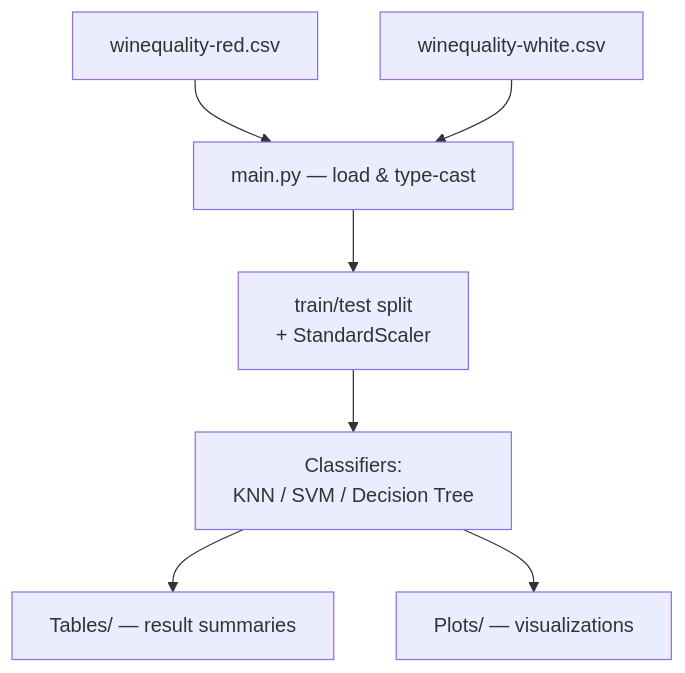
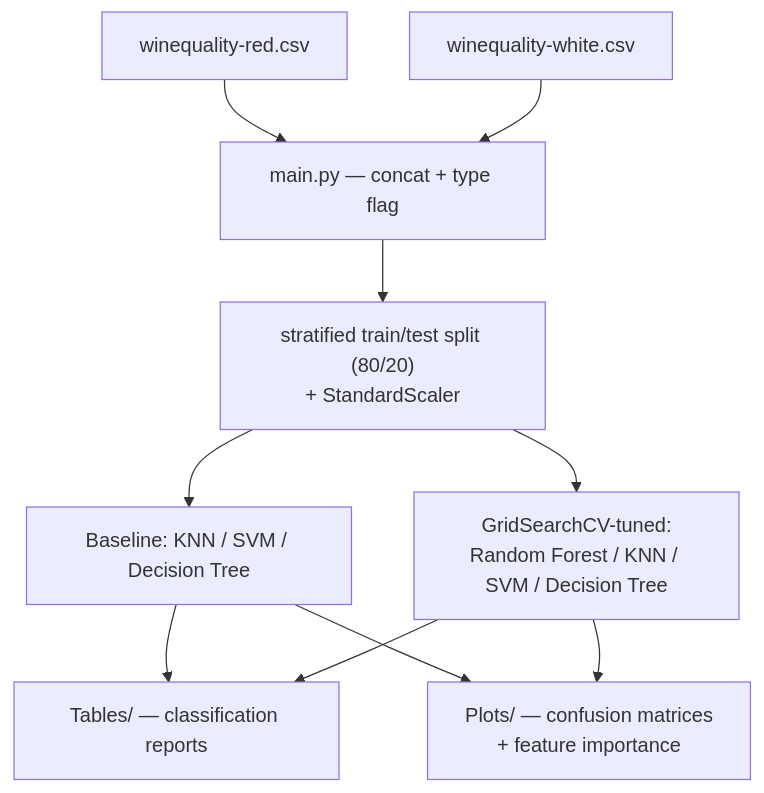
The diagram in README.md (andrm101/data-mining-classification), drawn with Mermaid before and after one commit. The commit also changed other lines of this file and 16 other files, not shown here.

````diff
--- a/README.md
+++ b/README.md
@@ -11,9 +11,12 @@
 ```mermaid
 flowchart TD
-    Red["winequality-red.csv"] --> Load["main.py — load & type-cast"]
-    White["winequality-white.csv"] --> Load
-    Load --> Split["train/test split<br/>+ StandardScaler"]
-    Split --> Models["Classifiers:<br/>KNN / SVM / Decision Tree"]
-    Models --> Tables["Tables/ — result summaries"]
-    Models --> Plots["Plots/ — visualizations"]
+    Red["winequality-red.csv"] --> Combine["main.py — concat + type flag"]
+    White["winequality-white.csv"] --> Combine
+    Combine --> Split["stratified train/test split (80/20)<br/>+ StandardScaler"]
+    Split --> Baseline["Baseline: KNN / SVM / Decision Tree"]
+    Split --> Tuned["GridSearchCV-tuned:<br/>Random Forest / KNN / SVM / Decision Tree"]
+    Baseline --> Tables["Tables/ — classification reports"]
+    Tuned --> Tables
+    Baseline --> Plots["Plots/ — confusion matrices<br/>+ feature importance"]
+    Tuned --> Plots
 ```
````
